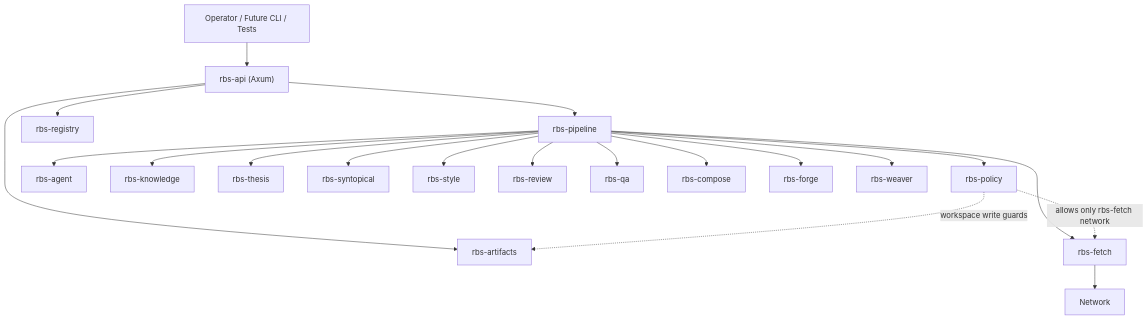
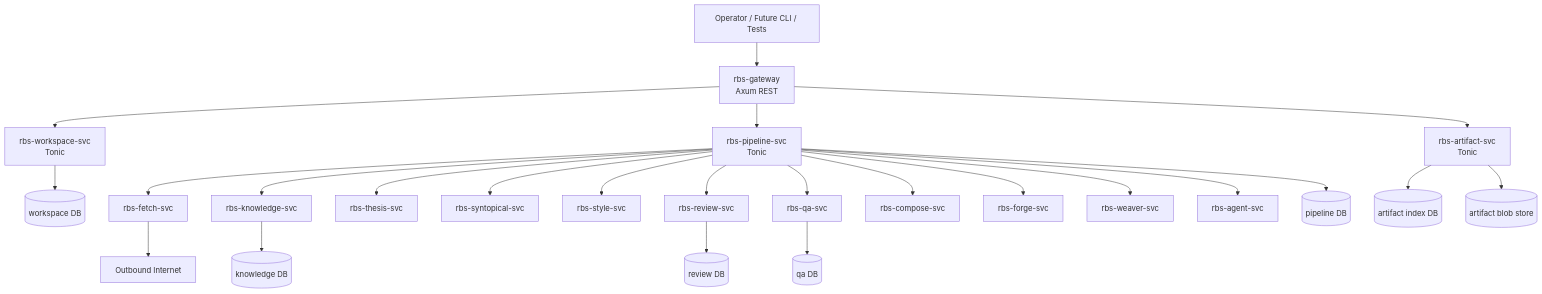
One commit to CharlesHoskinson/russellian-book-suite changed the diagram in docs/superpowers/specs/2026-05-31-rust-axum-v2-architecture-design.md. Above: the diagram before and after it, drawn with Mermaid. The commit also changed other lines of this file, not shown here.

Commit message:
docs: pivot v2 architecture to microservices

````diff
--- a/docs/superpowers/specs/2026-05-31-rust-axum-v2-architecture-design.md
+++ b/docs/superpowers/specs/2026-05-31-rust-axum-v2-architecture-design.md
@@ -44,24 +65,30 @@
 ```mermaid
 flowchart TD
-    Client["Operator / Future CLI / Tests"] --> Api["rbs-api (Axum)"]
-    Api --> Jobs["rbs-pipeline"]
-    Api --> Artifacts["rbs-artifacts"]
-    Api --> Registry["rbs-registry"]
+    Client["Operator / Future CLI / Tests"] --> Gateway["rbs-gateway<br/>Axum REST"]
 
-    Jobs --> Policy["rbs-policy"]
-    Jobs --> Agent["rbs-agent"]
-    Jobs --> Fetch["rbs-fetch"]
-    Jobs --> Knowledge["rbs-knowledge"]
-    Jobs --> Thesis["rbs-thesis"]
-    Jobs --> Syntopical["rbs-syntopical"]
-    Jobs --> Style["rbs-style"]
-    Jobs --> Review["rbs-review"]
-    Jobs --> QA["rbs-qa"]
-    Jobs --> Compose["rbs-compose"]
-    Jobs --> Forge["rbs-forge"]
-    Jobs --> Weaver["rbs-weaver"]
+    Gateway --> Workspace["rbs-workspace-svc<br/>Tonic"]
+    Gateway --> Pipeline["rbs-pipeline-svc<br/>Tonic"]
+    Gateway --> Artifact["rbs-artifact-svc<br/>Tonic"]
 
-    Fetch --> Net["Network"]
-    Policy -. "allows only rbs-fetch network" .-> Fetch
-    Policy -. "workspace write guards" .-> Artifacts
+    Pipeline --> Fetch["rbs-fetch-svc"]
+    Pipeline --> Knowledge["rbs-knowledge-svc"]
+    Pipeline --> Thesis["rbs-thesis-svc"]
+    Pipeline --> Syntopical["rbs-syntopical-svc"]
+    Pipeline --> Style["rbs-style-svc"]
+    Pipeline --> Review["rbs-review-svc"]
+    Pipeline --> QA["rbs-qa-svc"]
+    Pipeline --> Compose["rbs-compose-svc"]
+    Pipeline --> Forge["rbs-forge-svc"]
+    Pipeline --> Weaver["rbs-weaver-svc"]
+    Pipeline --> Agent["rbs-agent-svc"]
+
+    Fetch --> Internet["Outbound Internet"]
+
+    Workspace --> WorkspaceDb[("workspace DB")]
+    Pipeline --> PipelineDb[("pipeline DB")]
+    Artifact --> ArtifactDb[("artifact index DB")]
+    Artifact --> BlobStore[("artifact blob store")]
+    Knowledge --> KnowledgeDb[("knowledge DB")]
+    QA --> QaDb[("qa DB")]
+    Review --> ReviewDb[("review DB")]
 ```
````
